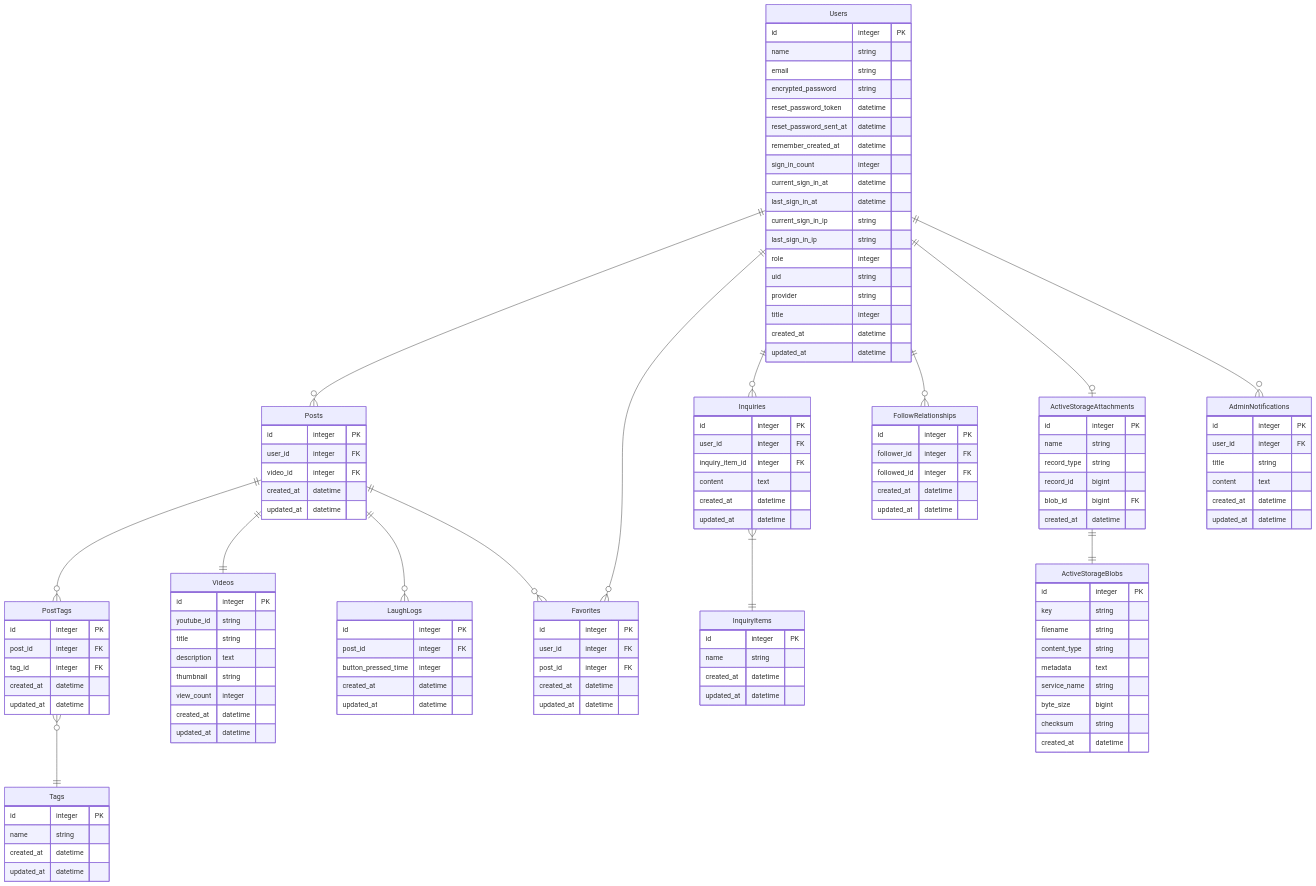
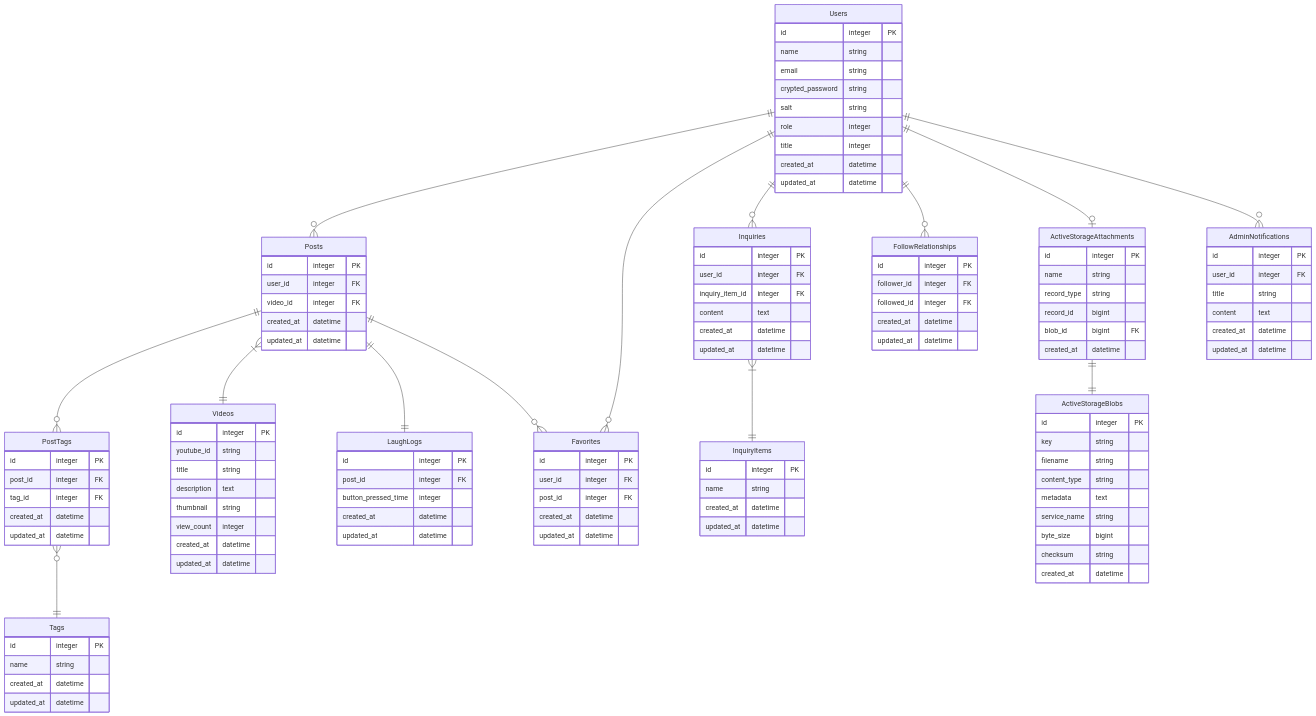
Before and after one commit to y-takagiiii/netalog: the diagram in README.md, drawn with Mermaid. The commit also changed 1 other file, not shown here.

Commit message:
fix: ER図を修正

```diff
--- a/README.md
+++ b/README.md
@@ -60,8 +60,8 @@
   Users ||--o{ Posts : ""
   Posts ||--o{ PostTags : ""
   PostTags }o--|| Tags : ""
-  Posts ||--|| Videos : ""
-  Posts ||--o{ LaughLogs : ""
+  Posts }|--|| Videos : ""
+  Posts ||--|| LaughLogs : ""
   Users ||--o{ Favorites : ""
   Posts ||--o{ Favorites : ""
   Users ||--o{ Inquiries : ""
@@ -75,18 +75,9 @@
     id integer PK
     name string
     email string
-    encrypted_password string
-    reset_password_token datetime
-    reset_password_sent_at datetime
-    remember_created_at datetime
-    sign_in_count integer
-    current_sign_in_at datetime
-    last_sign_in_at datetime
-    current_sign_in_ip string
-    last_sign_in_ip string
+    crypted_password string
+    salt string
     role integer
-    uid string
-    provider string
     title integer
     created_at datetime
     updated_at datetime
```
